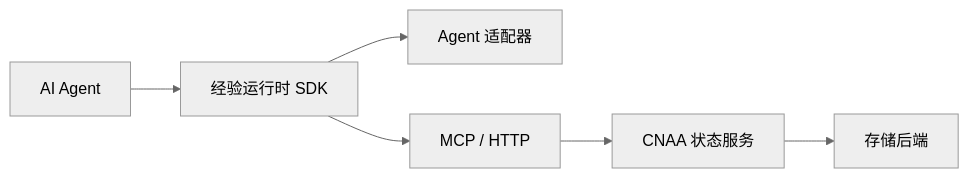
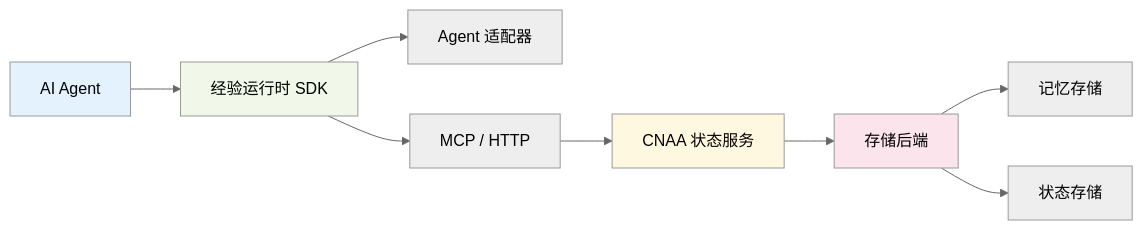
Before and after one commit to lgx236/CNAA-Cloud-Native-Agent-Architecture-: the fourth of 4 diagrams in .qoder/repowiki/zh/content/集成指南/集成指南.md, drawn with Mermaid (neutral theme). The commit also changed other lines of this file and 99 other files, not shown here.

````diff
--- a/.qoder/repowiki/zh/content/集成指南/集成指南.md
+++ b/.qoder/repowiki/zh/content/集成指南/集成指南.md
@@ -175,8 +321,14 @@
 ```mermaid
 graph LR
 Agent["AI Agent"] --> Runtime["经验运行时 SDK"]
 Runtime --> Adapter["Agent 适配器"]
 Runtime --> Protocol["MCP / HTTP"]
 Protocol --> StateSvc["CNAA 状态服务"]
 StateSvc --> Storage["存储后端"]
+Storage --> MemoryStore["记忆存储"]
+Storage --> StateStore["状态存储"]
+style Agent fill:#e3f2fd
+style Runtime fill:#f1f8e9
+style StateSvc fill:#fff8e1
+style Storage fill:#fce4ec
 ```
````
